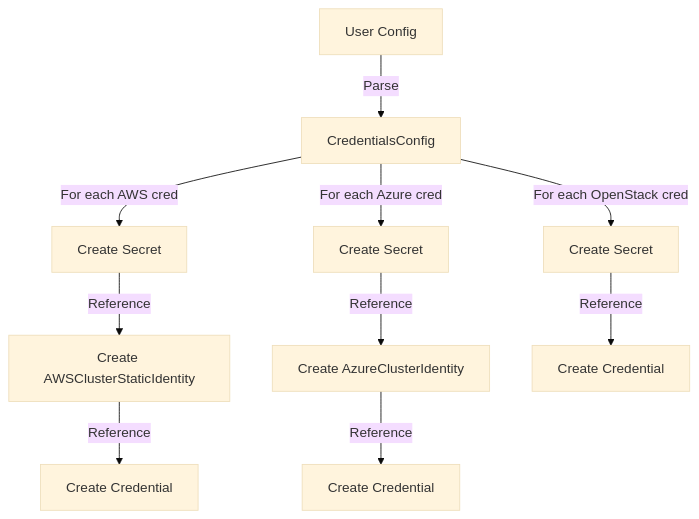
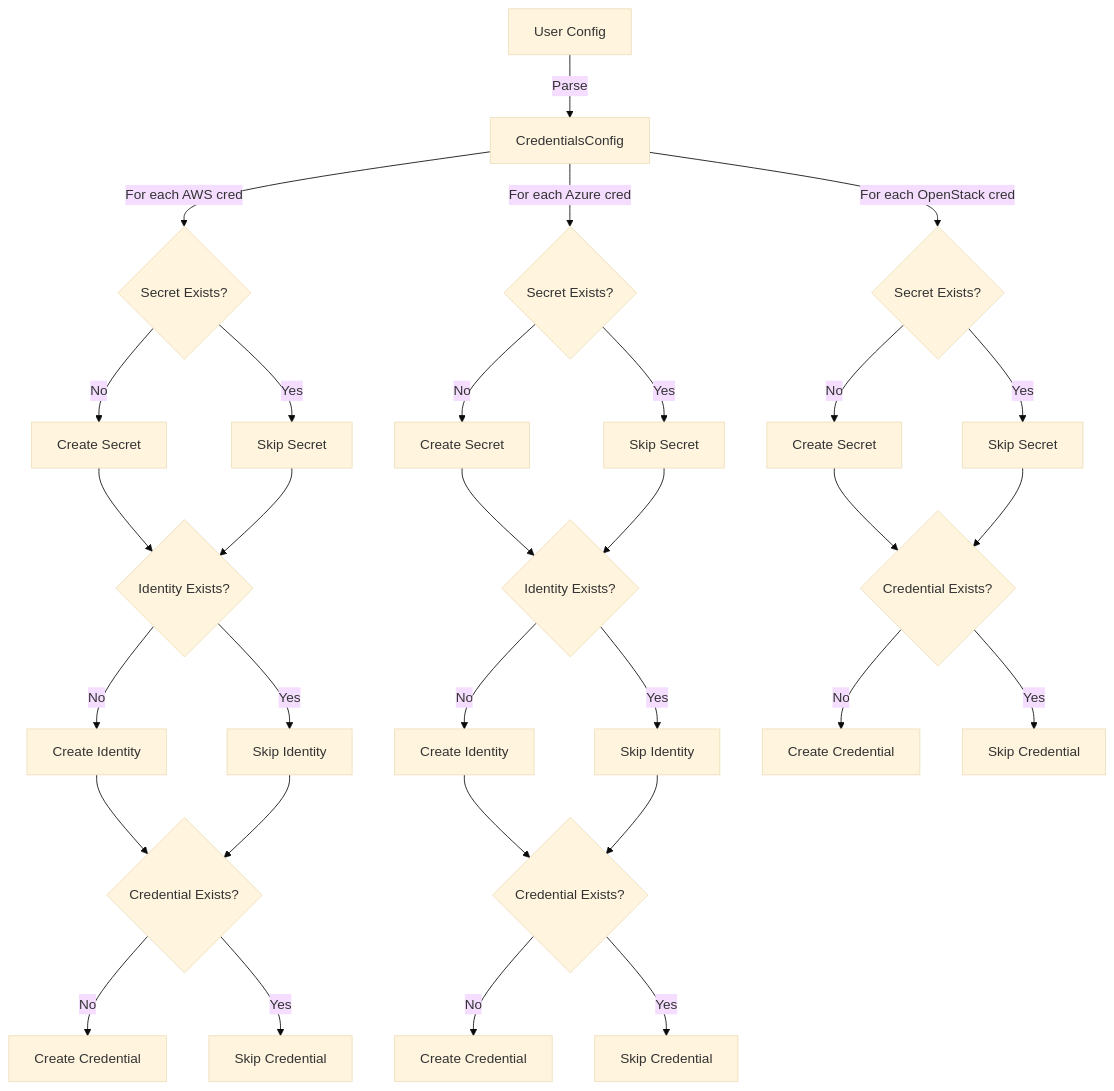
Before and after one commit to belgaied2/k0rdentd: the third of 3 diagrams in ARCHITECTURE.md, drawn with Mermaid (base theme). The commit also changed other lines of this file and 6 other files, not shown here.

Commit message:
Fixed issue with creating AWSClusterStaticIdentity

````diff
--- a/ARCHITECTURE.md
+++ b/ARCHITECTURE.md
@@ -202,12 +233,33 @@
 ```mermaid
 graph TD
     A[User Config] -->|Parse| B[CredentialsConfig]
-    B -->|For each AWS cred| C[Create Secret]
-    C -->|Reference| D[Create AWSClusterStaticIdentity]
-    D -->|Reference| E[Create Credential]
-    B -->|For each Azure cred| F[Create Secret]
-    F -->|Reference| G[Create AzureClusterIdentity]
-    G -->|Reference| H[Create Credential]
-    B -->|For each OpenStack cred| I[Create Secret]
-    I -->|Reference| J[Create Credential]
+    B -->|For each AWS cred| C{Secret Exists?}
+    C -->|No| D[Create Secret]
+    C -->|Yes| E[Skip Secret]
+    D --> F{Identity Exists?}
+    E --> F
+    F -->|No| G[Create Identity]
+    F -->|Yes| H[Skip Identity]
+    G --> I{Credential Exists?}
+    H --> I
+    I -->|No| J[Create Credential]
+    I -->|Yes| K[Skip Credential]
+    B -->|For each Azure cred| L{Secret Exists?}
+    L -->|No| M[Create Secret]
+    L -->|Yes| N[Skip Secret]
+    M --> O{Identity Exists?}
+    N --> O
+    O -->|No| P[Create Identity]
+    O -->|Yes| Q[Skip Identity]
+    P --> R{Credential Exists?}
+    Q --> R
+    R -->|No| S[Create Credential]
+    R -->|Yes| T[Skip Credential]
+    B -->|For each OpenStack cred| U{Secret Exists?}
+    U -->|No| V[Create Secret]
+    U -->|Yes| W[Skip Secret]
+    V --> X{Credential Exists?}
+    W --> X
+    X -->|No| Y[Create Credential]
+    X -->|Yes| Z[Skip Credential]
 ```
````
